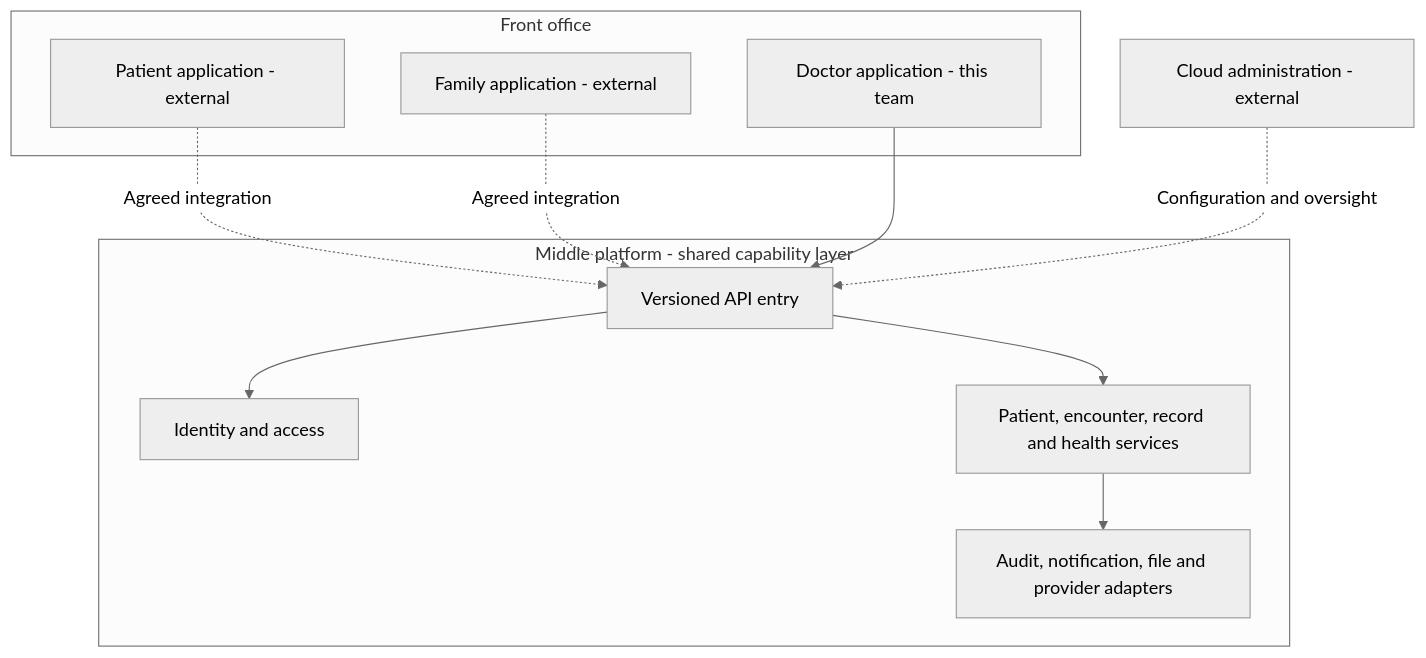
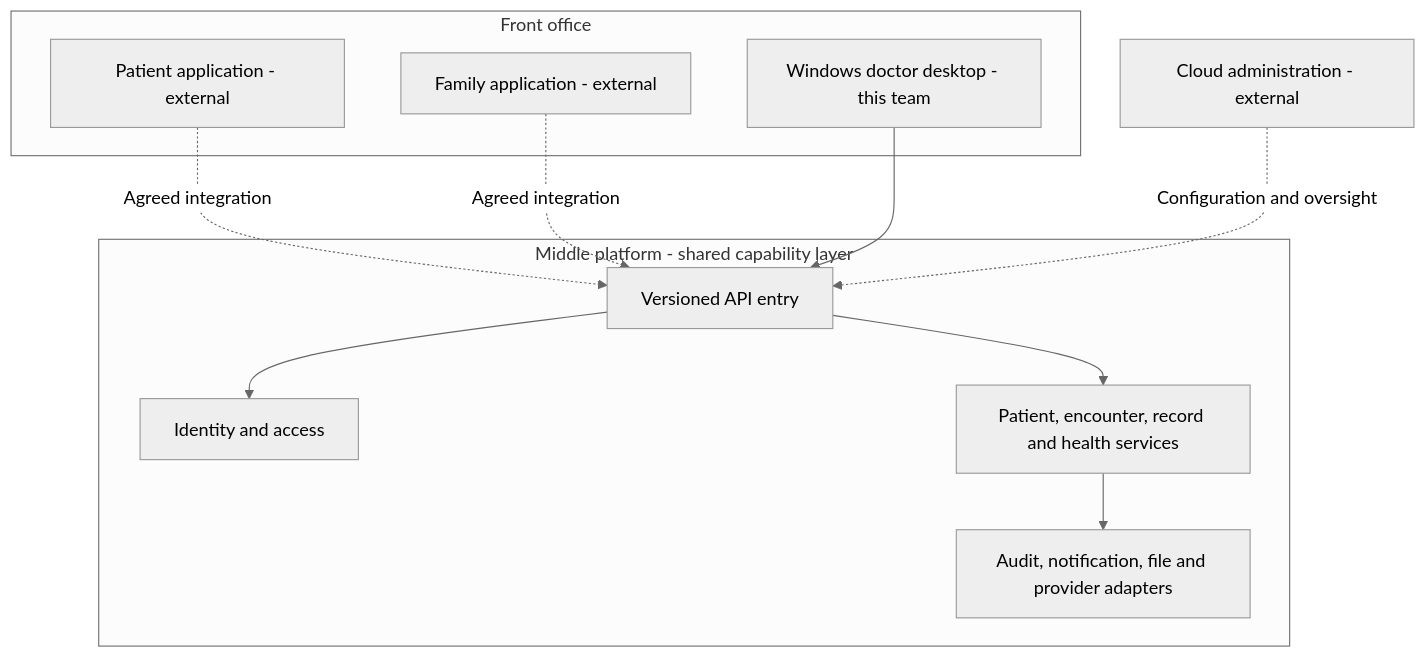
Before and after one commit to Kevin-deb/Industrial-Team-Project: the first of 6 diagrams in docs/ARCHITECTURE.md, drawn with Mermaid (neutral theme). The commit also changed other lines of this file and 62 other files, not shown here.

Commit message:
feat: deliver bilingual Windows desktop client

````diff
--- a/docs/ARCHITECTURE.md
+++ b/docs/ARCHITECTURE.md
@@ -11,22 +13,22 @@
 ```mermaid
 flowchart TB
   subgraph FrontOffice[Front office]
     Patient[Patient application - external]
-    Doctor[Doctor application - this team]
+    Doctor[Windows doctor desktop - this team]
     Family[Family application - external]
   end
   subgraph Shared[Middle platform - shared capability layer]
     API[Versioned API entry]
     Identity[Identity and access]
     Domains[Patient, encounter, record and health services]
     Infrastructure[Audit, notification, file and provider adapters]
   end
   Admin[Cloud administration - external]
   Patient -. Agreed integration .-> API
   Family -. Agreed integration .-> API
   Doctor --> API
   Admin -. Configuration and oversight .-> API
   API --> Identity
   API --> Domains
   Domains --> Infrastructure
 ```
````
